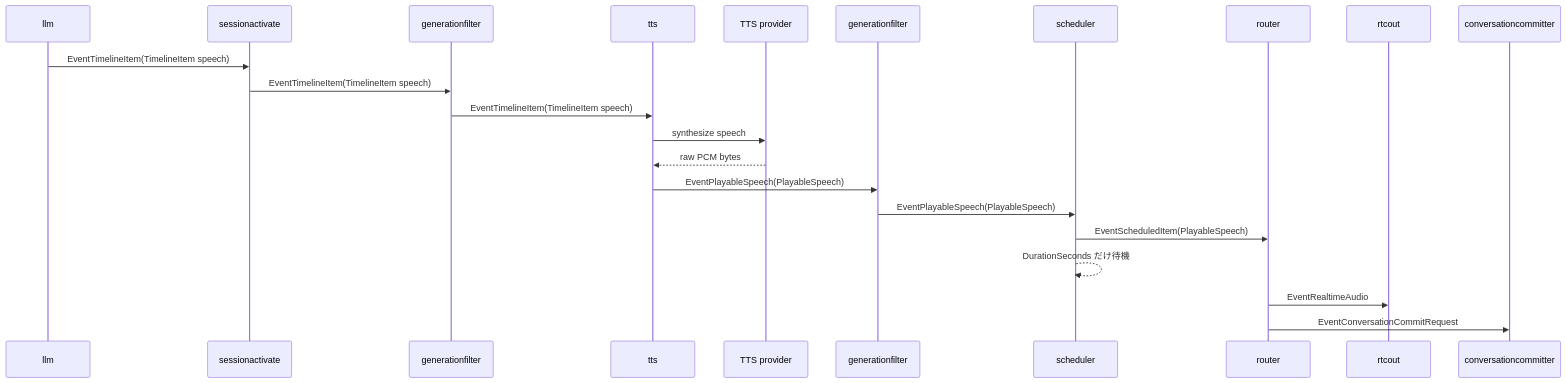
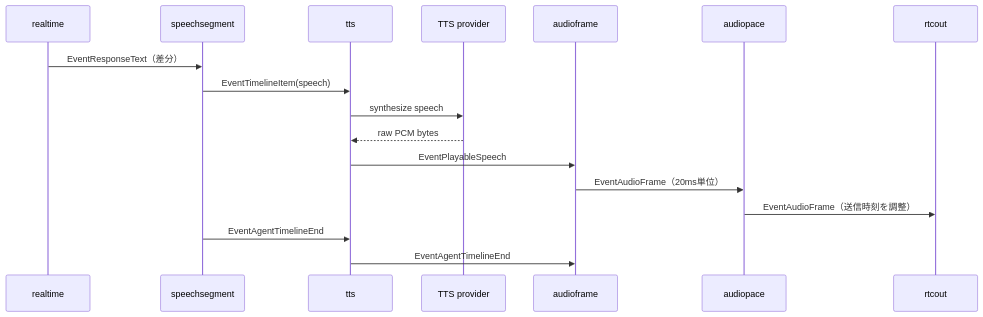
The diagram in docs/components/tts.md (tetetratra/smart-speaker), drawn with Mermaid before and after one commit. The commit also changed other lines of this file and 56 other files, not shown here.

````diff
--- a/docs/components/tts.md
+++ b/docs/components/tts.md
@@ -58,25 +43,20 @@
 ```mermaid
 sequenceDiagram
-  participant LLM as llm
-  participant SA as sessionactivate
-  participant GF1 as generationfilter
+  participant RT as realtime
+  participant SEG as speechsegment
   participant TTS as tts
   participant Provider as TTS provider
-  participant GF2 as generationfilter
-  participant SCH as scheduler
-  participant R as router
-  participant RTCOut as rtcout
-  participant COMMIT as conversationcommitter
+  participant FRAME as audioframe
+  participant PACE as audiopace
+  participant OUT as rtcout
 
-  LLM->>SA: EventTimelineItem(TimelineItem speech)
-  SA->>GF1: EventTimelineItem(TimelineItem speech)
-  GF1->>TTS: EventTimelineItem(TimelineItem speech)
+  RT->>SEG: EventResponseText（差分）
+  SEG->>TTS: EventTimelineItem(speech)
   TTS->>Provider: synthesize speech
   Provider-->>TTS: raw PCM bytes
-  TTS->>GF2: EventPlayableSpeech(PlayableSpeech)
-  GF2->>SCH: EventPlayableSpeech(PlayableSpeech)
-  SCH->>R: EventScheduledItem(PlayableSpeech)
-  SCH-->>SCH: DurationSeconds だけ待機
-  R->>RTCOut: EventRealtimeAudio
-  R->>COMMIT: EventConversationCommitRequest
+  TTS->>FRAME: EventPlayableSpeech
+  FRAME->>PACE: EventAudioFrame（20ms単位）
+  PACE->>OUT: EventAudioFrame（送信時刻を調整）
+  SEG->>TTS: EventAgentTimelineEnd
+  TTS->>FRAME: EventAgentTimelineEnd
 ```
````
